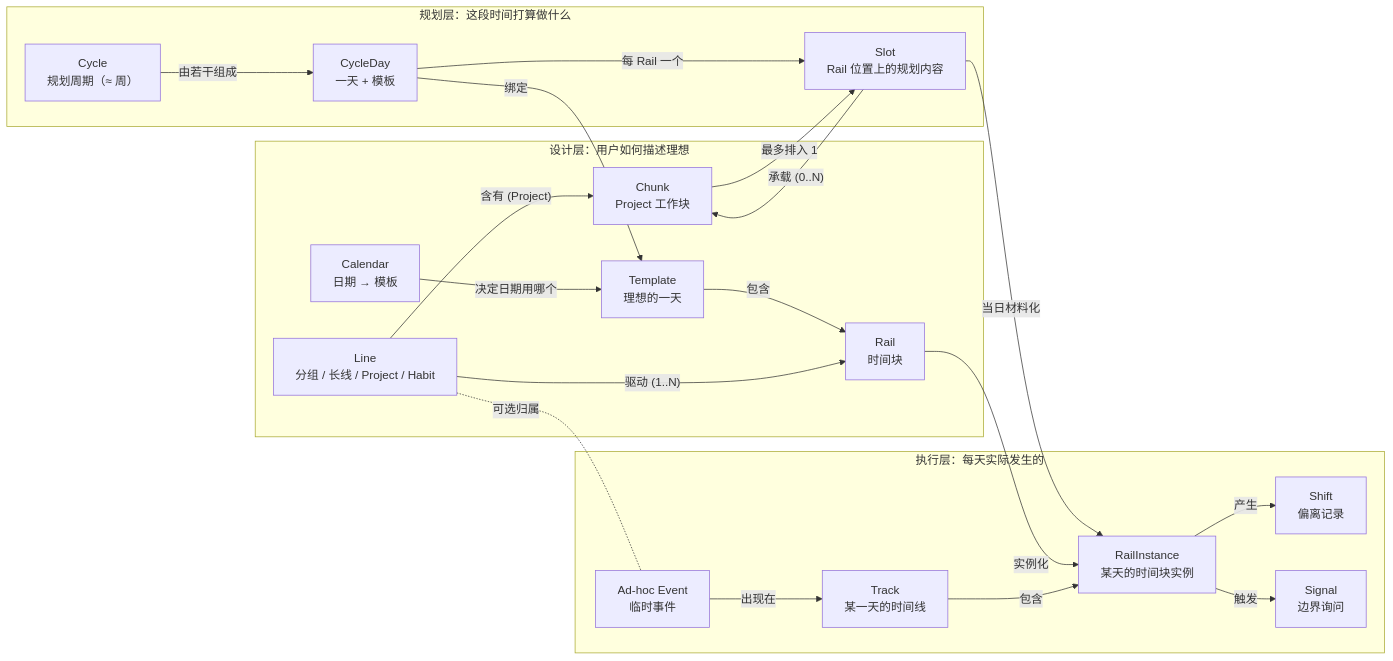
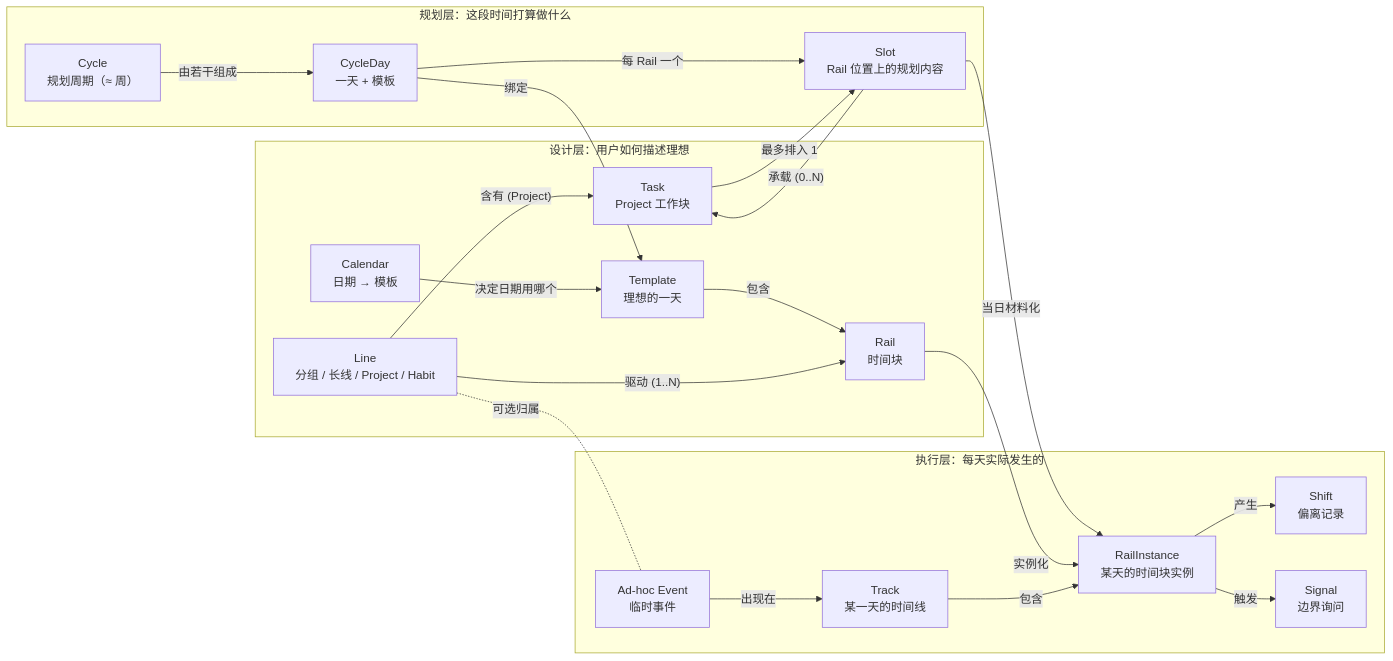
Before and after one commit to FreeJolan/dayrail: the diagram in docs/ERD.zh-CN.md, drawn with Mermaid. The commit also changed other lines of this file and 15 other files, not shown here.

````diff
--- a/docs/ERD.zh-CN.md
+++ b/docs/ERD.zh-CN.md
@@ -138,43 +138,43 @@
 ```mermaid
 flowchart LR
   subgraph Design["设计层：用户如何描述理想"]
     Template["Template<br/>理想的一天"]
     Rail["Rail<br/>时间块"]
     Line["Line<br/>分组 / 长线 / Project / Habit"]
-    Chunk["Chunk<br/>Project 工作块"]
+    Task["Task<br/>Project 工作块"]
     Calendar["Calendar<br/>日期 → 模板"]
   end
 
   subgraph Plan["规划层：这段时间打算做什么"]
     Cycle["Cycle<br/>规划周期（≈ 周）"]
     CycleDay["CycleDay<br/>一天 + 模板"]
     Slot["Slot<br/>Rail 位置上的规划内容"]
   end
 
   subgraph Execution["执行层：每天实际发生的"]
     Track["Track<br/>某一天的时间线"]
     RailInstance["RailInstance<br/>某天的时间块实例"]
     Shift["Shift<br/>偏离记录"]
     Signal["Signal<br/>边界询问"]
     Adhoc["Ad-hoc Event<br/>临时事件"]
   end
 
   Template -- 包含 --> Rail
   Calendar -- 决定日期用哪个 --> Template
   Line -- 驱动 (1..N) --> Rail
-  Line -- 含有 (Project) --> Chunk
+  Line -- 含有 (Project) --> Task
   Line -.可选归属.- Adhoc
 
   Cycle -- 由若干组成 --> CycleDay
   CycleDay -- 绑定 --> Template
   CycleDay -- 每 Rail 一个 --> Slot
-  Slot -- 承载 (0..N) --> Chunk
-  Chunk -- 最多排入 1 --> Slot
+  Slot -- 承载 (0..N) --> Task
+  Task -- 最多排入 1 --> Slot
 
   Slot -- 当日材料化 --> RailInstance
   Rail -- 实例化 --> RailInstance
   Track -- 包含 --> RailInstance
   Adhoc -- 出现在 --> Track
   RailInstance -- 产生 --> Shift
   RailInstance -- 触发 --> Signal
 ```
````
